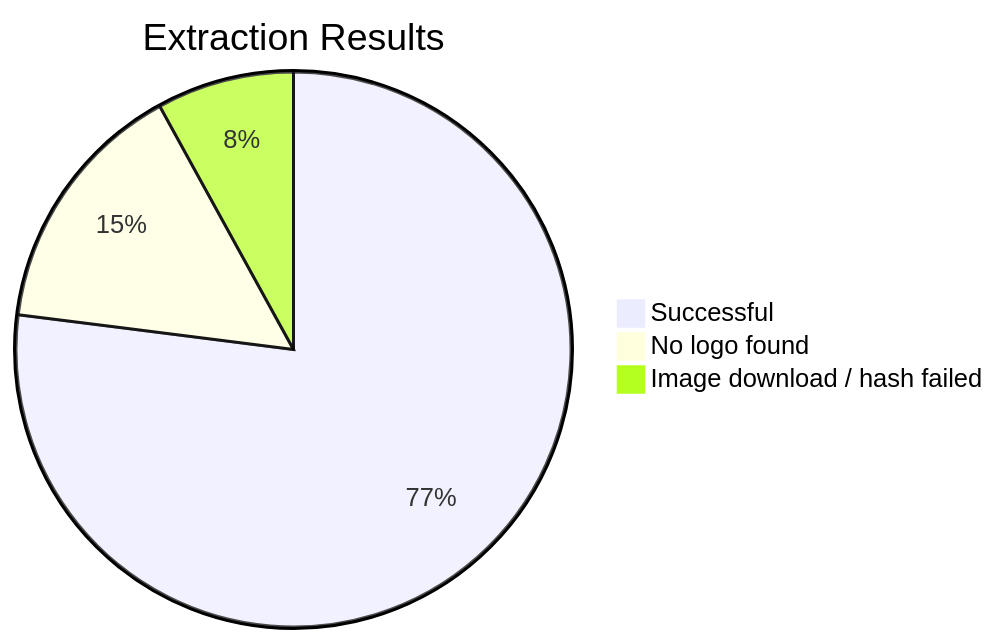
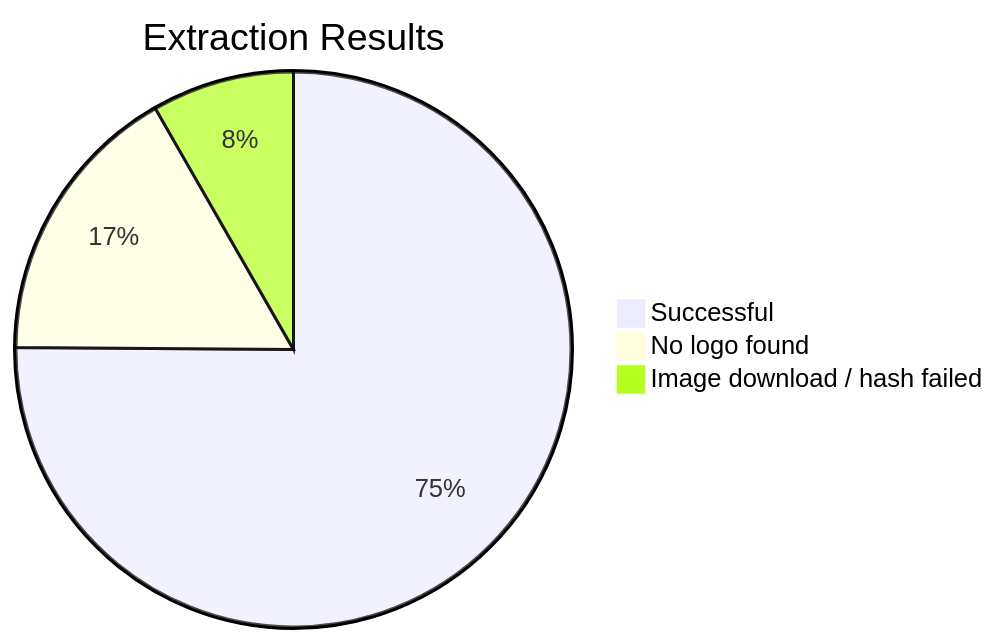
Before and after one commit to andreilazu/logo_extract: the first of 2 diagrams in README.md, drawn with Mermaid. The commit also changed other lines of this file, not shown here.

````diff
--- a/README.md
+++ b/README.md
@@ -7,6 +7,6 @@
 ```mermaid
 pie title Extraction Results
-    "Successful" : 77
-    "No logo found" : 15
-    "Image download / hash failed" : 8
+    "Successful" : 3292
+    "No logo found" : 728
+    "Image download / hash failed" : 363
 ```
````
